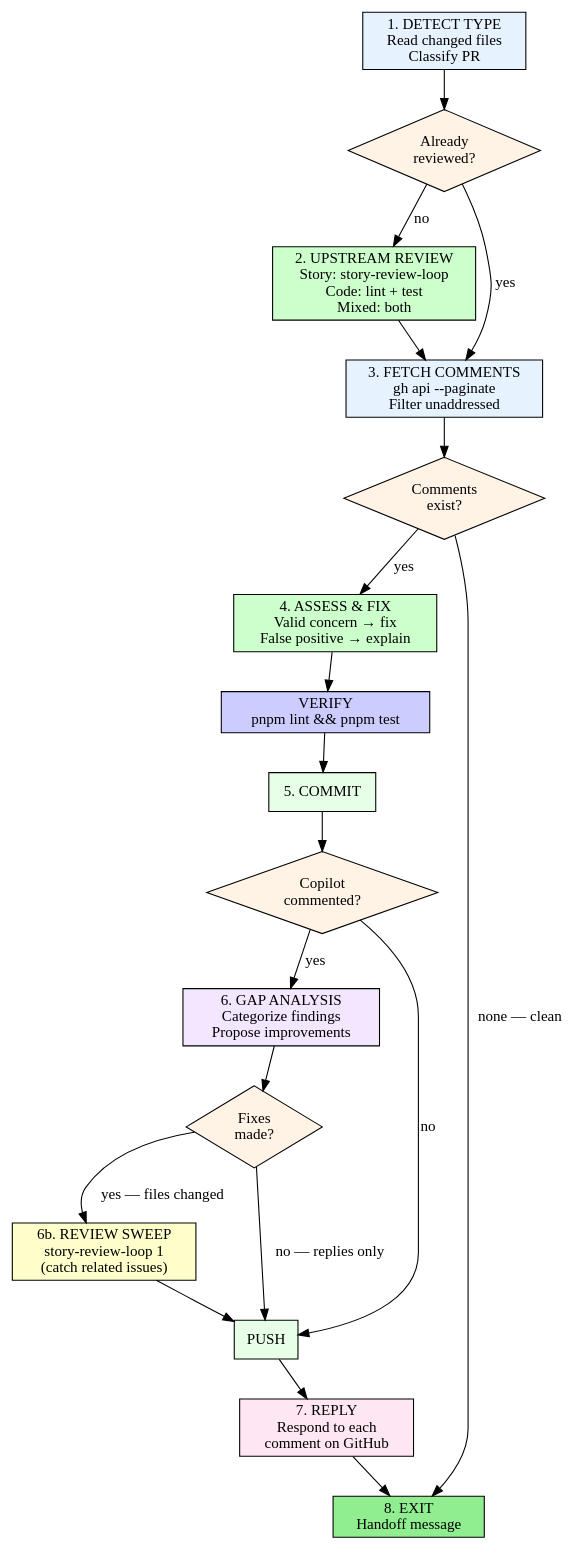
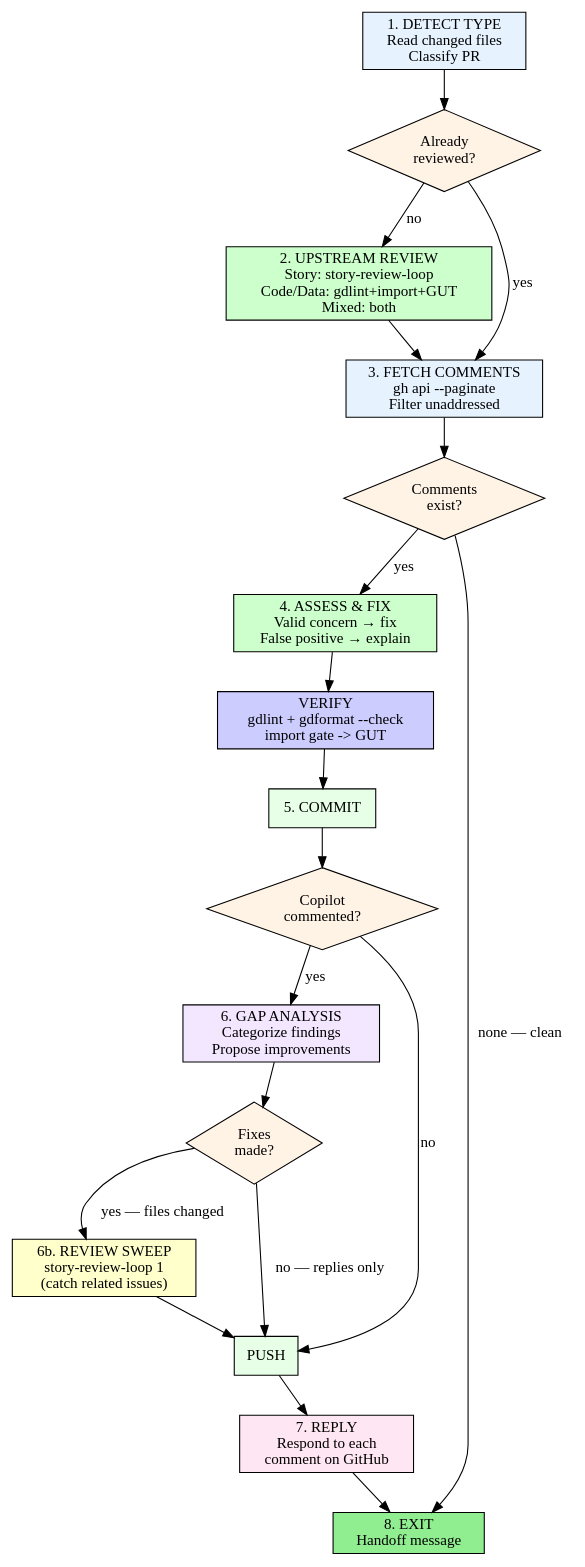
Before and after one commit to gcko/pendulum-of-despair: the diagram in .claude/skills/pr-review-response/SKILL.md, drawn with Graphviz. The commit also changed other lines of this file and 19 other files, not shown here.

````diff
--- a/.claude/skills/pr-review-response/SKILL.md
+++ b/.claude/skills/pr-review-response/SKILL.md
@@ -32,41 +32,41 @@
 ```dot
 digraph pr_review {
     rankdir=TB;
     node [shape=box, style=filled, fillcolor=lightblue];
 
     detect [label="1. DETECT TYPE\nRead changed files\nClassify PR", fillcolor="#e6f3ff"];
     reviewed [label="Already\nreviewed?", shape=diamond, fillcolor="#fff3e6"];
-    upstream [label="2. UPSTREAM REVIEW\nStory: story-review-loop\nCode: lint + test\nMixed: both", fillcolor="#ccffcc"];
+    upstream [label="2. UPSTREAM REVIEW\nStory: story-review-loop\nCode/Data: gdlint+import+GUT\nMixed: both", fillcolor="#ccffcc"];
     fetch [label="3. FETCH COMMENTS\ngh api --paginate\nFilter unaddressed", fillcolor="#e6f3ff"];
     comments [label="Comments\nexist?", shape=diamond, fillcolor="#fff3e6"];
     assess [label="4. ASSESS & FIX\nValid concern → fix\nFalse positive → explain", fillcolor="#ccffcc"];
-    verify [label="VERIFY\npnpm lint && pnpm test", fillcolor="#ccccff"];
+    verify [label="VERIFY\ngdlint + gdformat --check\nimport gate -> GUT", fillcolor="#ccccff"];
     commit [label="5. COMMIT", fillcolor="#e6ffe6"];
     copilot [label="Copilot\ncommented?", shape=diamond, fillcolor="#fff3e6"];
     gap [label="6. GAP ANALYSIS\nCategorize findings\nPropose improvements", fillcolor="#f3e6ff"];
     fixesmade [label="Fixes\nmade?", shape=diamond, fillcolor="#fff3e6"];
     reviewsweep [label="6b. REVIEW SWEEP\nstory-review-loop 1\n(catch related issues)", fillcolor="#ffffcc"];
     push [label="PUSH", fillcolor="#e6ffe6"];
     reply [label="7. REPLY\nRespond to each\ncomment on GitHub", fillcolor="#ffe6f3"];
     exit [label="8. EXIT\nHandoff message", fillcolor=lightgreen];
 
     detect -> reviewed;
     reviewed -> fetch [label="yes"];
     reviewed -> upstream [label="no"];
     upstream -> fetch;
     fetch -> comments;
     comments -> exit [label="none — clean"];
     comments -> assess [label="yes"];
     assess -> verify;
     verify -> commit;
     commit -> copilot;
     copilot -> gap [label="yes"];
     copilot -> push [label="no"];
     gap -> fixesmade;
     fixesmade -> reviewsweep [label="yes — files changed"];
     fixesmade -> push [label="no — replies only"];
     reviewsweep -> push;
     push -> reply;
     reply -> exit;
 }
 ```
````
